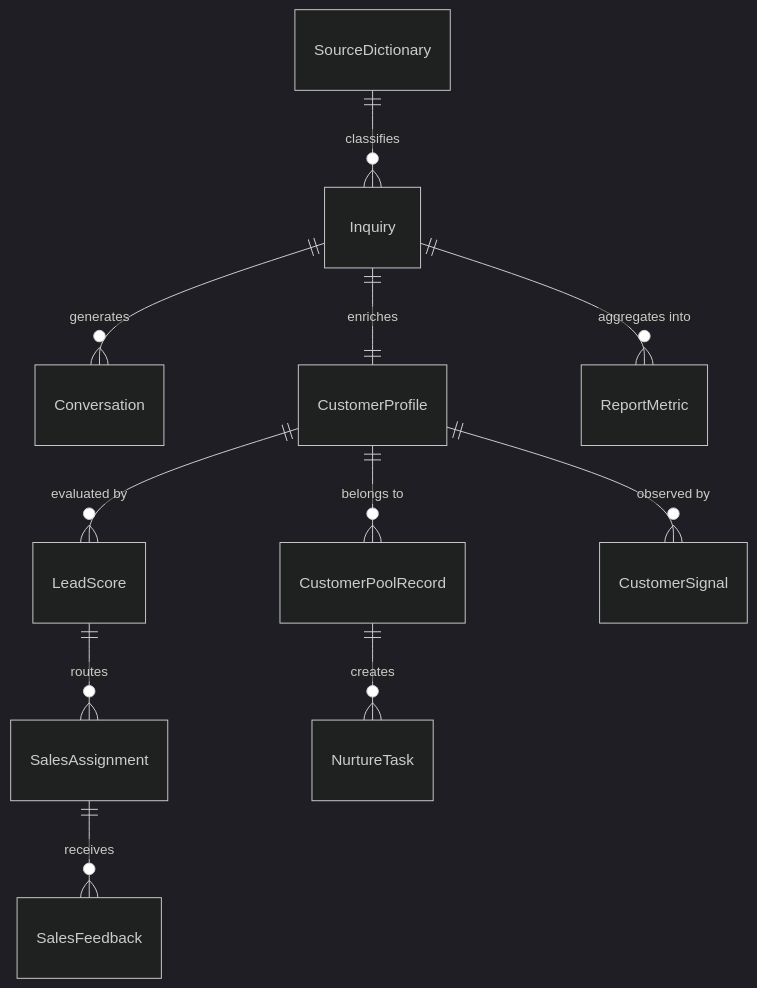
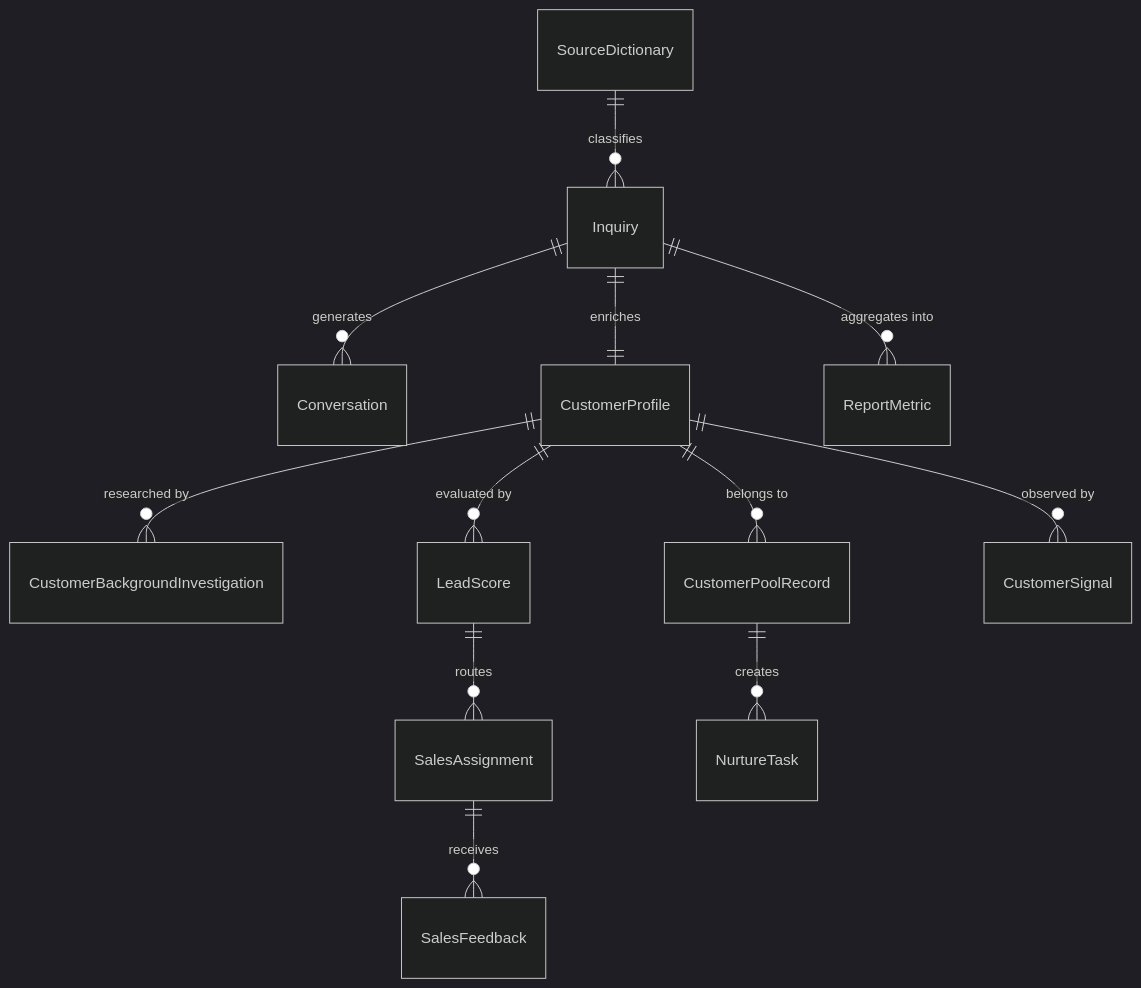
Before and after one commit to alicewang1619-ui/SalesTool: the first of 4 diagrams in 智能销售接待与客户洞察Agent/output/PRD详细版.md, drawn with Mermaid (dark theme). The commit also changed other lines of this file and 13 other files, not shown here.

````diff
--- a/智能销售接待与客户洞察Agent/output/PRD详细版.md
+++ b/智能销售接待与客户洞察Agent/output/PRD详细版.md
@@ -187,13 +192,14 @@
 ```mermaid
 erDiagram
     SourceDictionary ||--o{ Inquiry : "classifies"
     Inquiry ||--o{ Conversation : "generates"
     Inquiry ||--|| CustomerProfile : "enriches"
+    CustomerProfile ||--o{ CustomerBackgroundInvestigation : "researched by"
     CustomerProfile ||--o{ LeadScore : "evaluated by"
     LeadScore ||--o{ SalesAssignment : "routes"
     SalesAssignment ||--o{ SalesFeedback : "receives"
     CustomerProfile ||--o{ CustomerPoolRecord : "belongs to"
     CustomerPoolRecord ||--o{ NurtureTask : "creates"
     CustomerProfile ||--o{ CustomerSignal : "observed by"
     Inquiry ||--o{ ReportMetric : "aggregates into"
 ```
````
